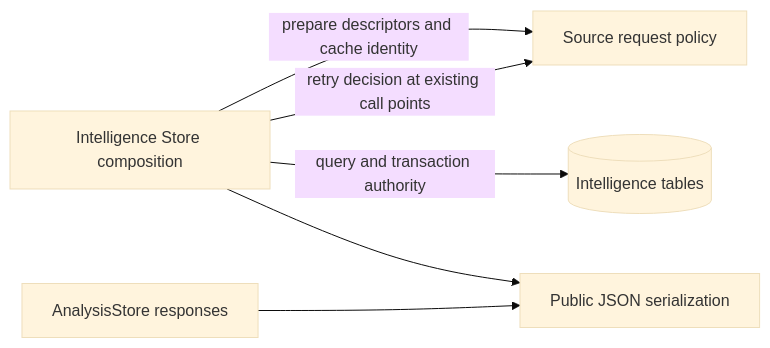
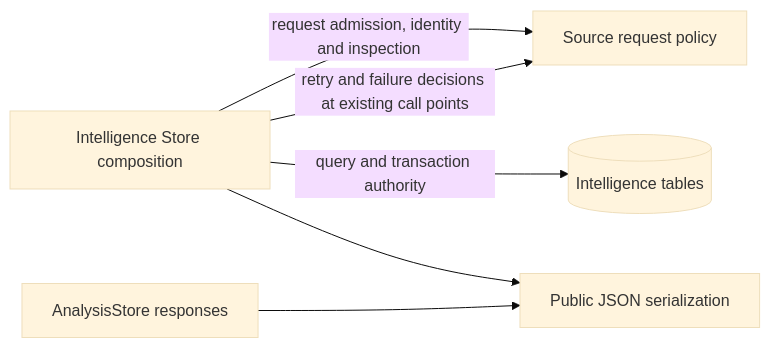
One commit to aaweaver-actuary/tempo changed the diagram in services/intelligence/README.md. Above: the diagram before and after it, drawn with Mermaid (base theme). The commit also changed other lines of this file and 8 other files, not shown here.

Commit message:
Move Intelligence request and inspection decisions outside database storage

````diff
--- a/services/intelligence/README.md
+++ b/services/intelligence/README.md
@@ -29,8 +30,8 @@
 ```mermaid
 flowchart LR
-  store[Intelligence Store composition] -->|prepare descriptors and cache identity| policy[Source request policy]
-  store -->|retry decision at existing call points| policy
+  store[Intelligence Store composition] -->|request admission, identity and inspection| policy[Source request policy]
+  store -->|retry and failure decisions at existing call points| policy
   store -->|query and transaction authority| tables[(Intelligence tables)]
   store --> serializer[Public JSON serialization]
   analysis[AnalysisStore responses] --> serializer
 ```
````
